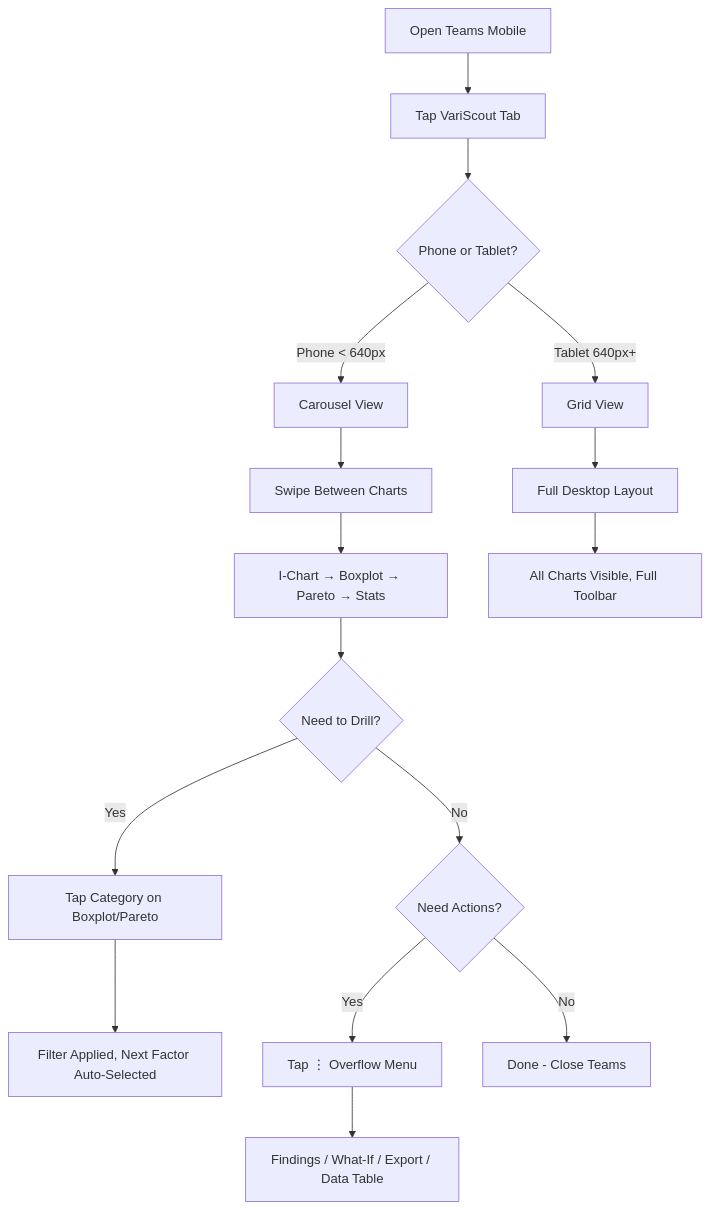
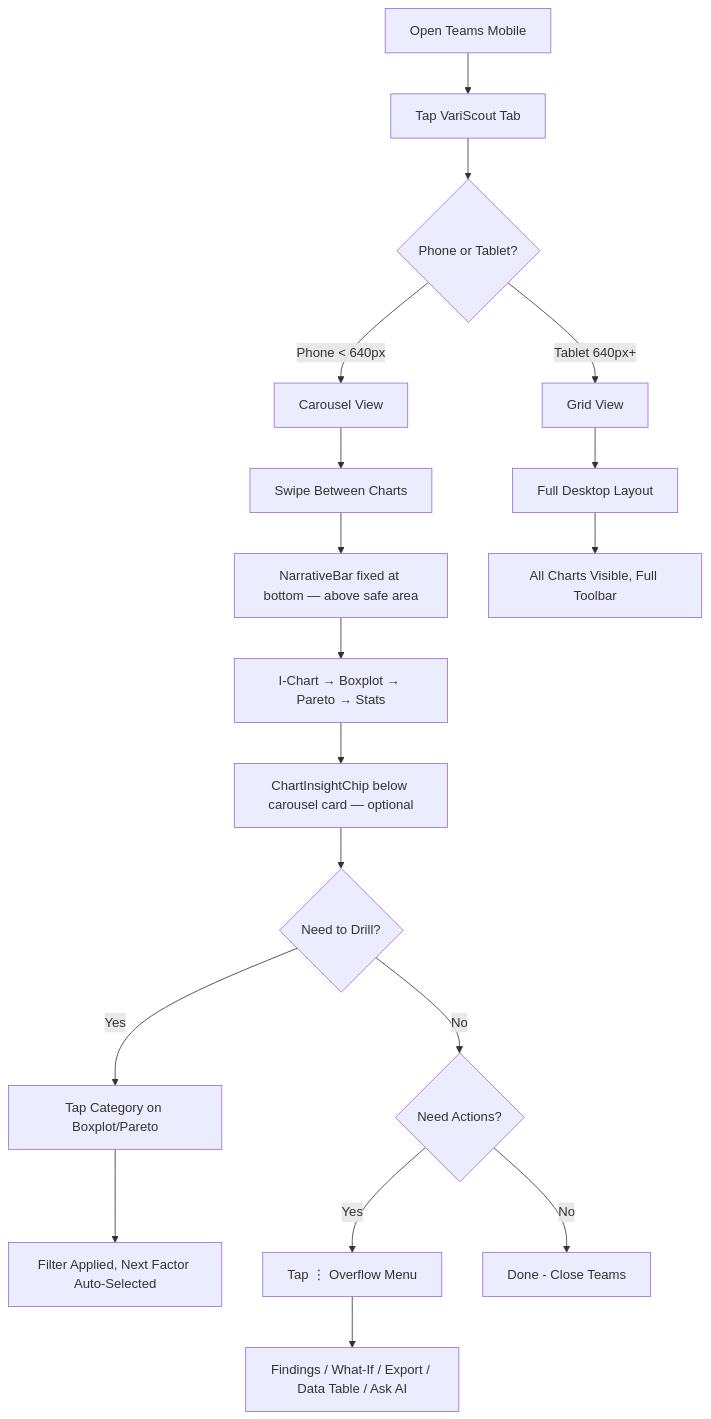
One commit to jukka-matti/variscout changed the diagram in docs/02-journeys/flows/azure-teams-mobile.md. Above: the diagram before and after it, drawn with Mermaid. The commit also changed other lines of this file and 18 other files, not shown here.

````diff
--- a/docs/02-journeys/flows/azure-teams-mobile.md
+++ b/docs/02-journeys/flows/azure-teams-mobile.md
@@ -15,21 +15,23 @@
 ```mermaid
 flowchart TD
     A[Open Teams Mobile] --> B[Tap VariScout Tab]
     B --> C{Phone or Tablet?}
     C -->|Phone < 640px| D[Carousel View]
     C -->|Tablet 640px+| E[Grid View]
 
     D --> F[Swipe Between Charts]
-    F --> G[I-Chart → Boxplot → Pareto → Stats]
-    G --> H{Need to Drill?}
+    F --> F2[NarrativeBar fixed at bottom — above safe area]
+    F2 --> G[I-Chart → Boxplot → Pareto → Stats]
+    G --> G2[ChartInsightChip below carousel card — optional]
+    G2 --> H{Need to Drill?}
     H -->|Yes| I[Tap Category on Boxplot/Pareto]
     I --> J[Filter Applied, Next Factor Auto-Selected]
     H -->|No| K{Need Actions?}
 
     K -->|Yes| L[Tap ⋮ Overflow Menu]
-    L --> M[Findings / What-If / Export / Data Table]
+    L --> M[Findings / What-If / Export / Data Table / Ask AI]
     K -->|No| N[Done - Close Teams]
 
     E --> O[Full Desktop Layout]
     O --> P[All Charts Visible, Full Toolbar]
 ```
````
